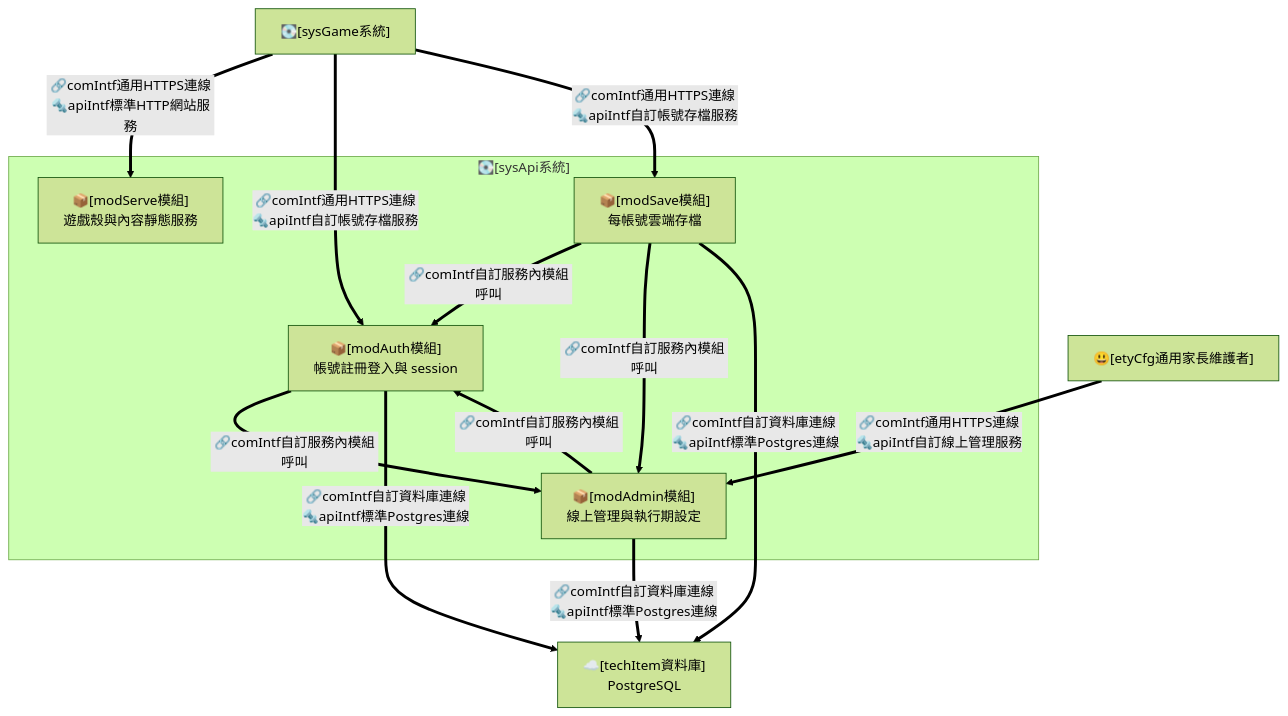
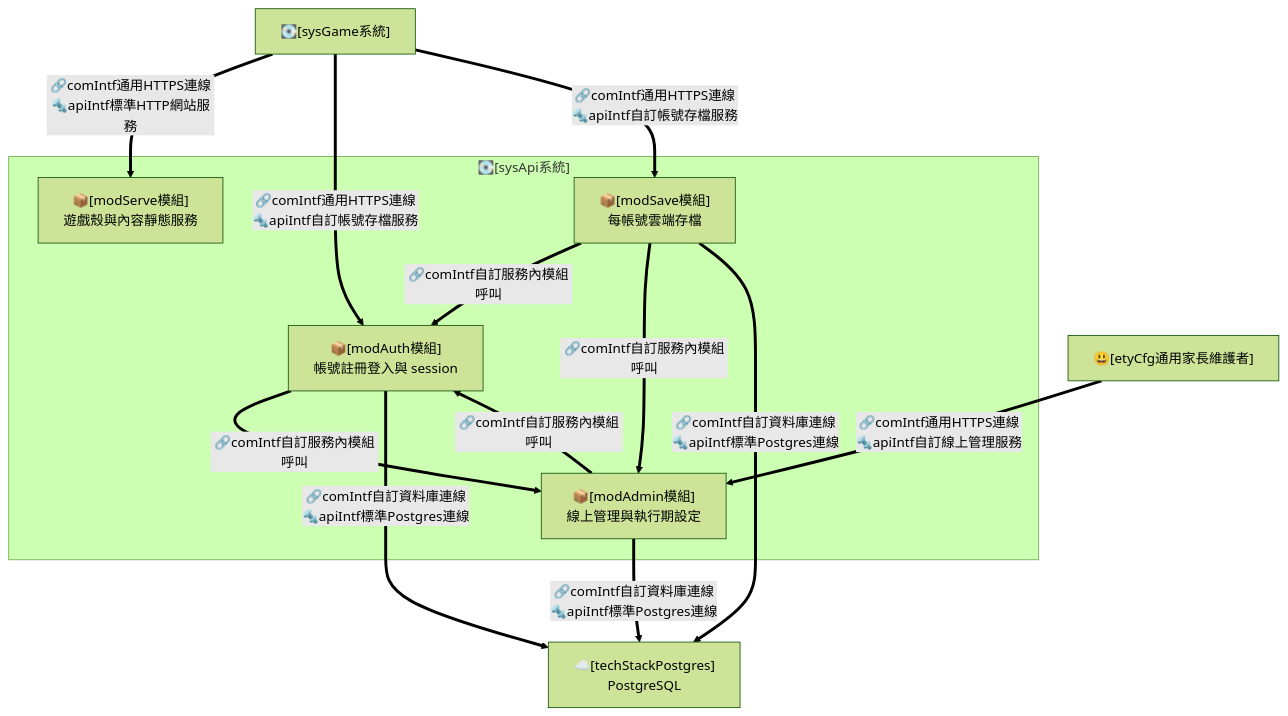
Before and after one commit to twStellerWhale-Ocean2/solKidGalGame1: the fifth of 11 diagrams in docs/design.md, drawn with Mermaid (forest theme). The commit also changed other lines of this file and 30 other files, not shown here.

````diff
--- a/docs/design.md
+++ b/docs/design.md
@@ -420,26 +445,26 @@
 ```mermaid
 flowchart TB
 
 GAME["💽[sysGame系統]"]
 ADM["😃[etyCfg通用家長維護者]"]
-DB["☁️[techItem資料庫]<br/>PostgreSQL"]
+DB["☁️[techStackPostgres]<br/>PostgreSQL"]
 
 subgraph SYS["💽[sysApi系統]"]
   SERVE["📦[modServe模組]<br/>遊戲殼與內容靜態服務"]
   AUTH["📦[modAuth模組]<br/>帳號註冊登入與 session"]
   SAVE["📦[modSave模組]<br/>每帳號雲端存檔"]
   ADMIN["📦[modAdmin模組]<br/>線上管理與執行期設定"]
 end
 
 GAME ==>|"🔗comIntf通用HTTPS連線<br/>🔩apiIntf標準HTTP網站服務"| SERVE
 GAME ==>|"🔗comIntf通用HTTPS連線<br/>🔩apiIntf自訂帳號存檔服務"| AUTH
 GAME ==>|"🔗comIntf通用HTTPS連線<br/>🔩apiIntf自訂帳號存檔服務"| SAVE
 ADM ==>|"🔗comIntf通用HTTPS連線<br/>🔩apiIntf自訂線上管理服務"| ADMIN
 SAVE ==>|"🔗comIntf自訂服務內模組呼叫"| AUTH
 ADMIN ==>|"🔗comIntf自訂服務內模組呼叫"| AUTH
 AUTH ==>|"🔗comIntf自訂服務內模組呼叫"| ADMIN
 SAVE ==>|"🔗comIntf自訂服務內模組呼叫"| ADMIN
 AUTH ==>|"🔗comIntf自訂資料庫連線<br/>🔩apiIntf標準Postgres連線"| DB
 SAVE ==>|"🔗comIntf自訂資料庫連線<br/>🔩apiIntf標準Postgres連線"| DB
 ADMIN ==>|"🔗comIntf自訂資料庫連線<br/>🔩apiIntf標準Postgres連線"| DB
 ```
````
